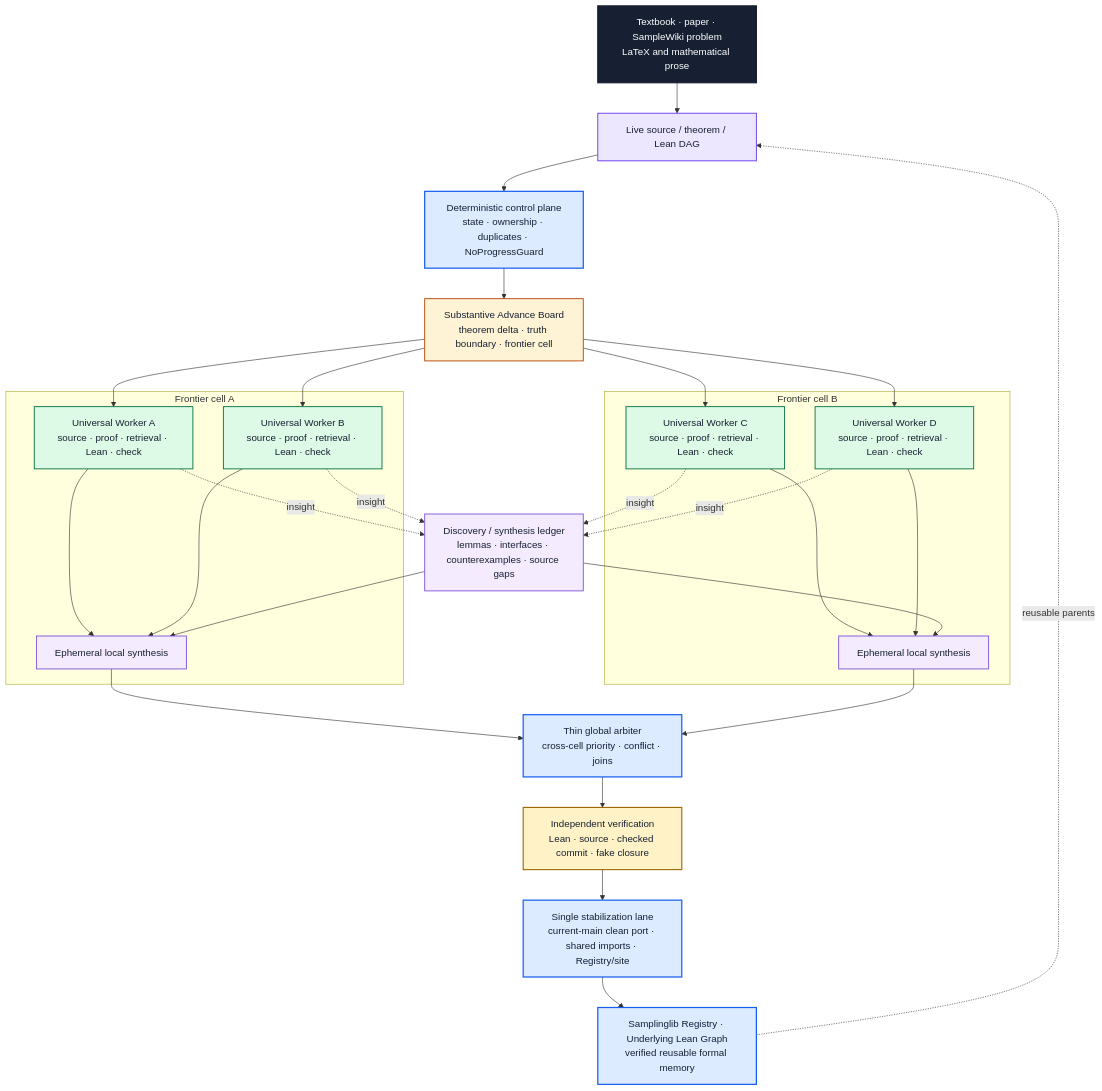
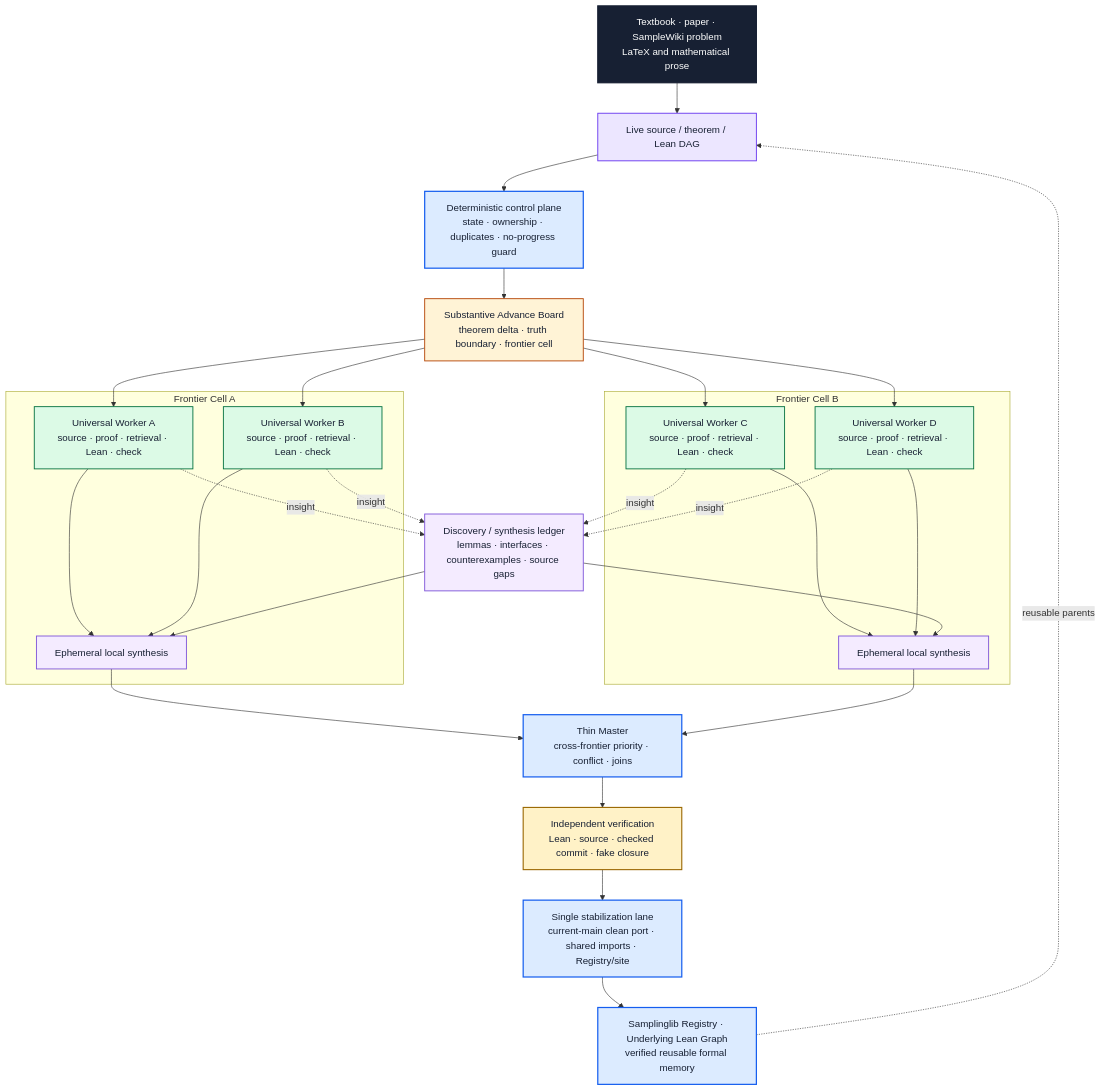
One commit to DakeBU/Auto-Sampling-Theory-In-Sleep changed the diagram in README.md. Above: the diagram before and after it, drawn with Mermaid. The commit also changed other lines of this file and 12 other files, not shown here.

First line of the commit message:
Present the ASTIS Harness as a stable architecture and mathematical lens (#171)

````diff
--- a/README.md
+++ b/README.md
@@ -157,56 +176,56 @@
 ```mermaid
 flowchart TB
   Source["Textbook · paper · SampleWiki problem<br/>LaTeX and mathematical prose"]:::source
   DAG["Live source / theorem / Lean DAG"]:::dag
-  Control["Deterministic control plane<br/>state · ownership · duplicates · NoProgressGuard"]:::coord
+  Control["Deterministic control plane<br/>state · ownership · duplicates · no-progress guard"]:::coord
   Board["Substantive Advance Board<br/>theorem delta · truth boundary · frontier cell"]:::board
 
-  subgraph CellA["Frontier cell A"]
+  subgraph CellA["Frontier Cell A"]
     W1["Universal Worker A<br/>source · proof · retrieval · Lean · check"]:::worker
     W2["Universal Worker B<br/>source · proof · retrieval · Lean · check"]:::worker
     S1["Ephemeral local synthesis"]:::synthesis
     W1 --> S1
     W2 --> S1
   end
 
-  subgraph CellB["Frontier cell B"]
+  subgraph CellB["Frontier Cell B"]
     W3["Universal Worker C<br/>source · proof · retrieval · Lean · check"]:::worker
     W4["Universal Worker D<br/>source · proof · retrieval · Lean · check"]:::worker
     S2["Ephemeral local synthesis"]:::synthesis
     W3 --> S2
     W4 --> S2
   end
 
   Discovery["Discovery / synthesis ledger<br/>lemmas · interfaces · counterexamples · source gaps"]:::discovery
-  Arbiter["Thin global arbiter<br/>cross-cell priority · conflict · joins"]:::coord
+  Master["Thin Master<br/>cross-frontier priority · conflict · joins"]:::coord
   Verify["Independent verification<br/>Lean · source · checked commit · fake closure"]:::verify
   Stabilize["Single stabilization lane<br/>current-main clean port · shared imports · Registry/site"]:::stable
   Registry["Samplinglib Registry · Underlying Lean Graph<br/>verified reusable formal memory"]:::registry
 
   Source --> DAG --> Control --> Board
   Board --> W1
   Board --> W2
   Board --> W3
   Board --> W4
   W1 -. insight .-> Discovery
   W2 -. insight .-> Discovery
   W3 -. insight .-> Discovery
   W4 -. insight .-> Discovery
   Discovery --> S1
   Discovery --> S2
-  S1 --> Arbiter
-  S2 --> Arbiter
-  Arbiter --> Verify --> Stabilize --> Registry
+  S1 --> Master
+  S2 --> Master
+  Master --> Verify --> Stabilize --> Registry
   Registry -. reusable parents .-> DAG
 
   classDef source fill:#172033,stroke:#172033,color:#fff,stroke-width:2px;
   classDef dag fill:#ECE6FF,stroke:#6938EF,color:#172033,stroke-width:1.5px;
   classDef coord fill:#DCEBFF,stroke:#155EEF,color:#172033,stroke-width:2px;
   classDef board fill:#FFF3D6,stroke:#B54708,color:#172033,stroke-width:1.5px;
   classDef worker fill:#DCFAE6,stroke:#087443,color:#172033,stroke-width:1.5px;
   classDef synthesis fill:#F4EBFF,stroke:#7F56D9,color:#172033,stroke-width:1.5px;
   classDef discovery fill:#F4EBFF,stroke:#7F56D9,color:#172033,stroke-width:1.5px;
   classDef verify fill:#FFF2C7,stroke:#9A6700,color:#172033,stroke-width:1.8px;
   classDef stable fill:#DCEBFF,stroke:#155EEF,color:#172033,stroke-width:2px;
   classDef registry fill:#DCEBFF,stroke:#155EEF,color:#172033,stroke-width:2px;
 ```
````
